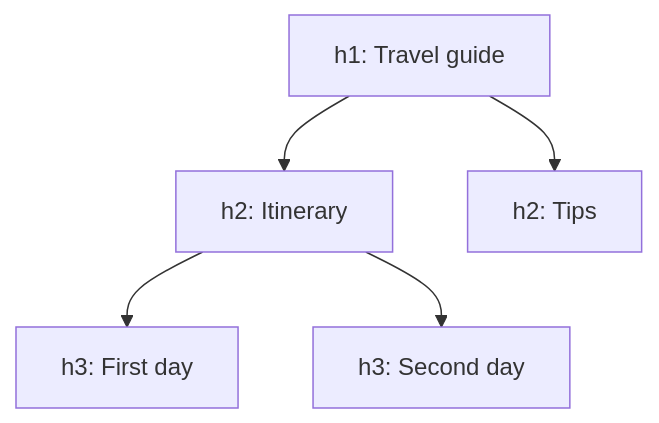
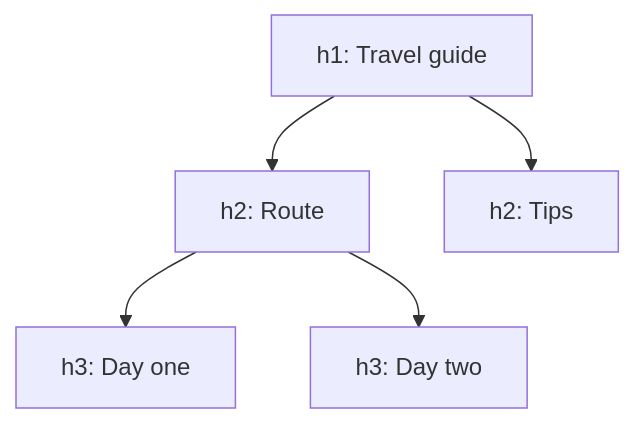
Before and after one commit to JLearn-space/JLearn-docs: the first of 2 diagrams in HTML/Lesson-2/en/Text and semantics.md, drawn with Mermaid. The commit also changed other lines of this file and 148 other files, not shown here.

````diff
--- a/HTML/Lesson-2/en/Text and semantics.md
+++ b/HTML/Lesson-2/en/Text and semantics.md
@@ -53,7 +77,7 @@
 ```mermaid
 flowchart TD
-    A["h1: Travel guide"] --> B["h2: Itinerary"]
-    B --> C["h3: First day"]
-    B --> D["h3: Second day"]
+    A["h1: Travel guide"] --> B["h2: Route"]
+    B --> C["h3: Day one"]
+    B --> D["h3: Day two"]
     A --> E["h2: Tips"]
 ```
````
